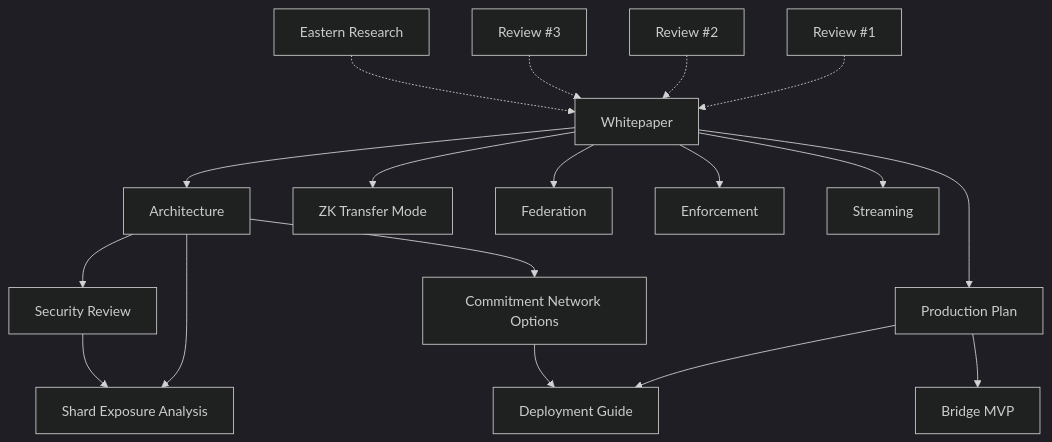
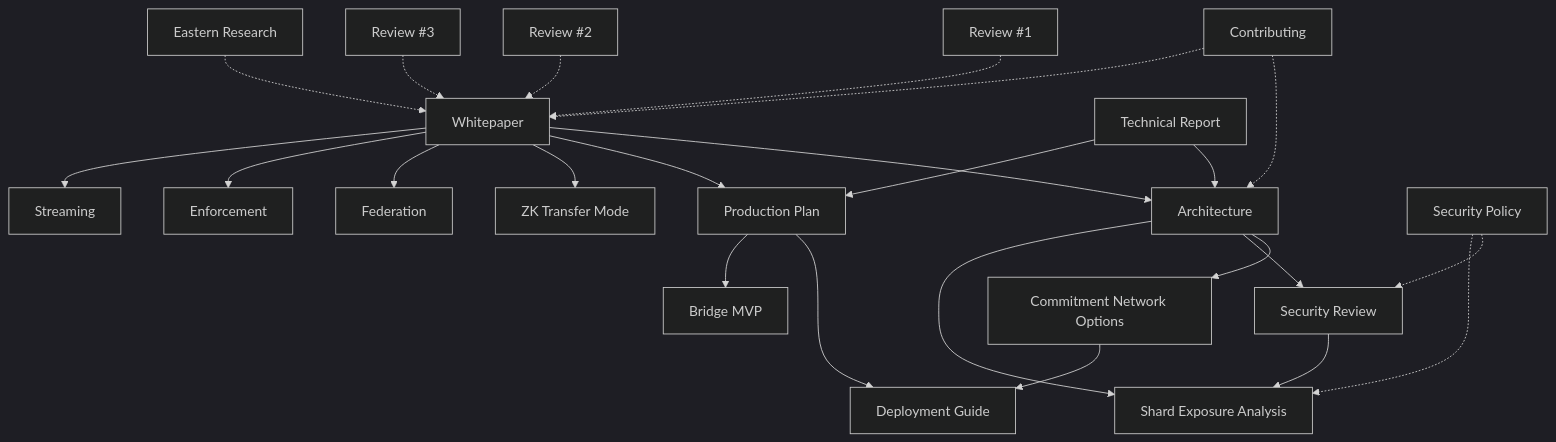
One commit to GlobalSettlementNetwork/Entanglement-Transfer-Protocol changed the diagram in docs/README.md. Above: the diagram before and after it, drawn with Mermaid (dark theme). The commit also changed other lines of this file and 3 other files, not shown here.

First line of the commit message:
docs: update CONTRIBUTING, SECURITY, CHANGELOG, and docs index for v5 codebase

````diff
--- a/docs/README.md
+++ b/docs/README.md
@@ -28,25 +32,34 @@
 ```mermaid
 flowchart TD
     WP[Whitepaper] --> ARCH[Architecture]
     WP --> PP[Production Plan]
     WP --> ZK[ZK Transfer Mode]
     WP --> FED[Federation]
     WP --> ENF[Enforcement]
     WP --> STR[Streaming]
 
     ARCH --> CNO[Commitment Network Options]
     ARCH --> SEC[Security Review]
     ARCH --> SHARD[Shard Exposure Analysis]
 
     PP --> DG[Deployment Guide]
     PP --> BRIDGE[Bridge MVP]
 
     CNO --> DG
 
     SEC --> SHARD
 
+    REPORT[Technical Report] --> ARCH
+    REPORT --> PP
+
+    CONTRIB[Contributing] -.-> ARCH
+    CONTRIB -.-> WP
+
+    SECURITY[Security Policy] -.-> SEC
+    SECURITY -.-> SHARD
+
     R1[Review #1] -.-> WP
     R2[Review #2] -.-> WP
     R3[Review #3] -.-> WP
     R4[Eastern Research] -.-> WP
 ```
````
